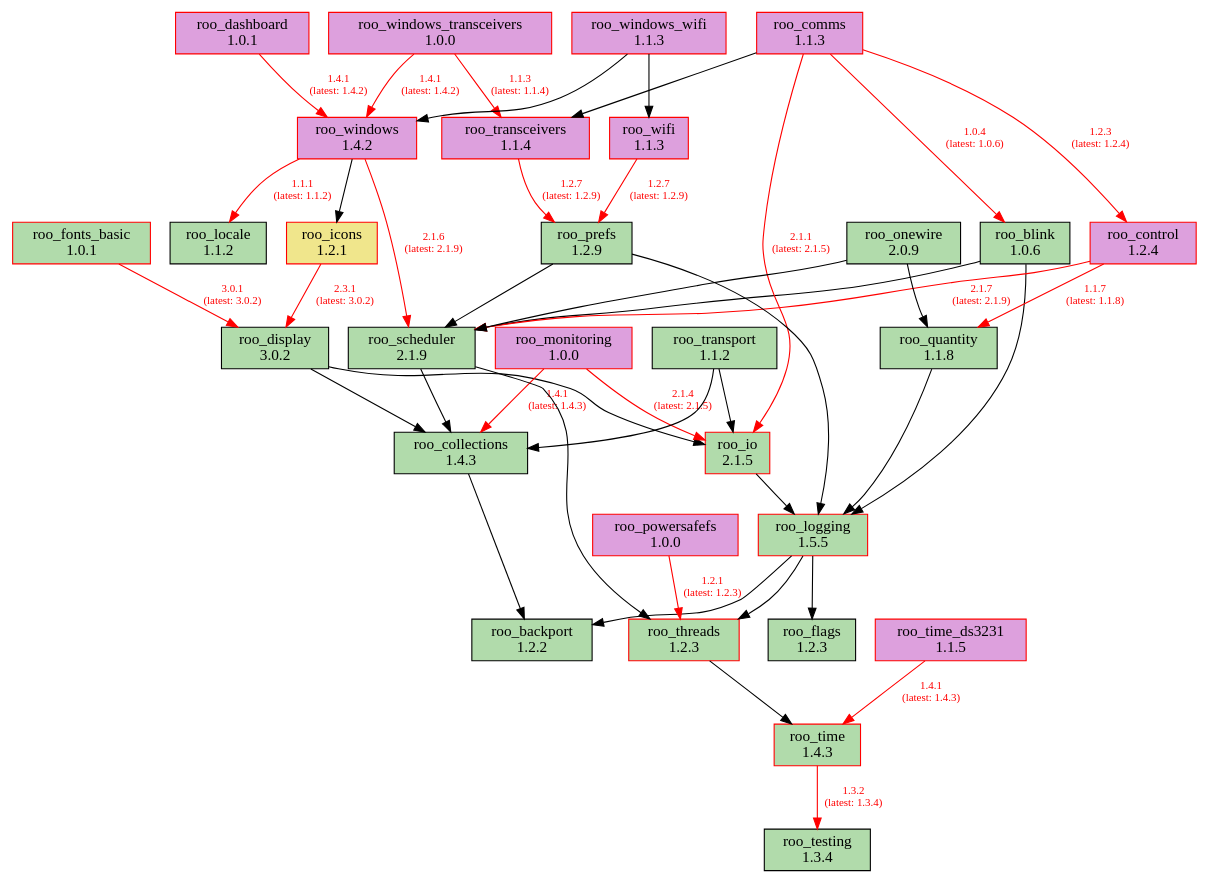
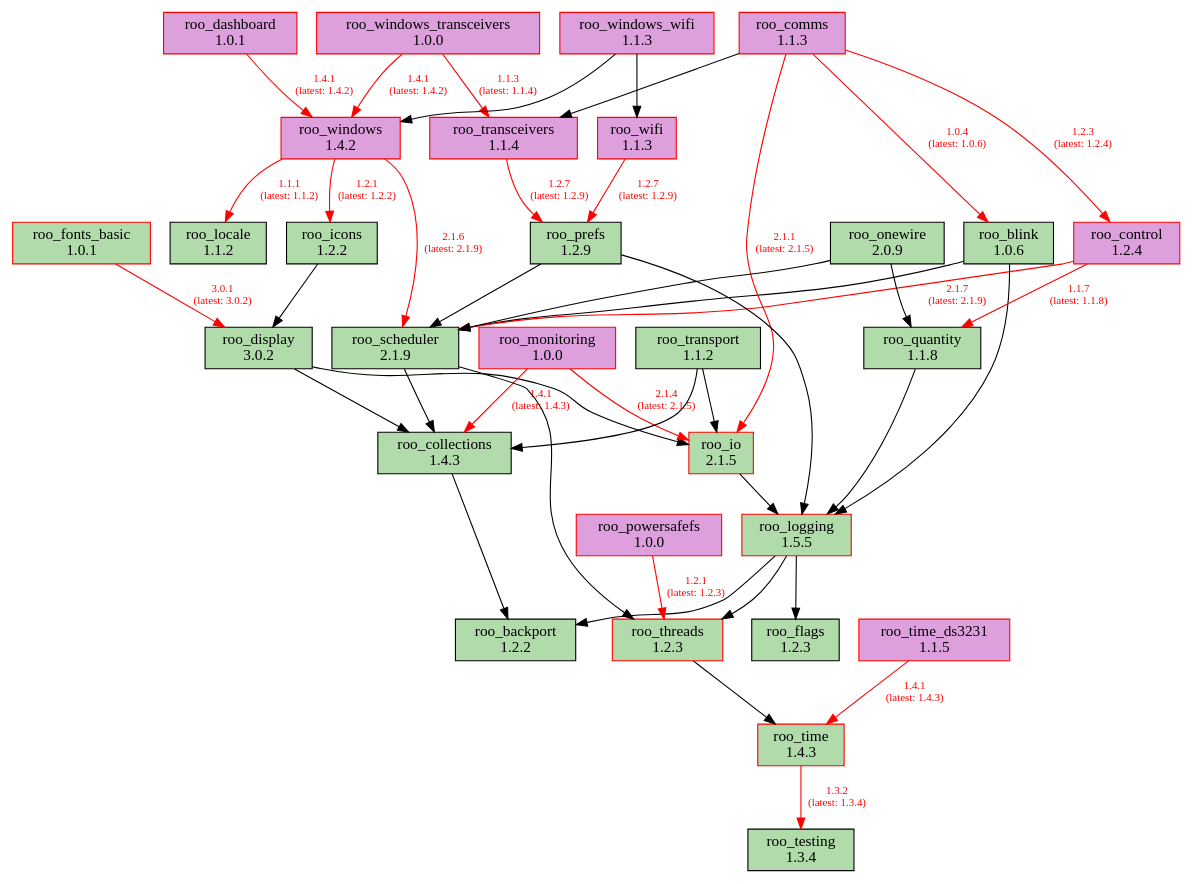
Before and after one commit to dejwk/roo-registry: the diagram in doc/dependencies.dot, drawn with Graphviz. The commit also changed 3 other files, not shown here.

Commit message:
Added roo_icons 1.2.2 to the registry.

```diff
--- a/doc/dependencies.dot
+++ b/doc/dependencies.dot
@@ -1,80 +1,80 @@
 digraph dependencies {
     rankdir=TB;
     node [shape=box, style=filled];
     edge [fontsize=10];
 
     // Modules
     "roo_backport" [label="roo_backport\n1.2.2", fillcolor="#b1dbab", color="black"];
     "roo_blink" [label="roo_blink\n1.0.6", fillcolor="#b1dbab", color="black"];
     "roo_collections" [label="roo_collections\n1.4.3", fillcolor="#b1dbab", color="black"];
     "roo_comms" [label="roo_comms\n1.1.3", fillcolor="plum", color="red"];
     "roo_control" [label="roo_control\n1.2.4", fillcolor="plum", color="red"];
     "roo_dashboard" [label="roo_dashboard\n1.0.1", fillcolor="plum", color="red"];
     "roo_display" [label="roo_display\n3.0.2", fillcolor="#b1dbab", color="black"];
     "roo_flags" [label="roo_flags\n1.2.3", fillcolor="#b1dbab", color="black"];
     "roo_fonts_basic" [label="roo_fonts_basic\n1.0.1", fillcolor="#b1dbab", color="red"];
-    "roo_icons" [label="roo_icons\n1.2.1", fillcolor="khaki", color="red"];
+    "roo_icons" [label="roo_icons\n1.2.2", fillcolor="#b1dbab", color="black"];
     "roo_io" [label="roo_io\n2.1.5", fillcolor="#b1dbab", color="red"];
     "roo_locale" [label="roo_locale\n1.1.2", fillcolor="#b1dbab", color="black"];
     "roo_logging" [label="roo_logging\n1.5.5", fillcolor="#b1dbab", color="red"];
     "roo_monitoring" [label="roo_monitoring\n1.0.0", fillcolor="plum", color="red"];
     "roo_onewire" [label="roo_onewire\n2.0.9", fillcolor="#b1dbab", color="black"];
     "roo_powersafefs" [label="roo_powersafefs\n1.0.0", fillcolor="plum", color="red"];
     "roo_prefs" [label="roo_prefs\n1.2.9", fillcolor="#b1dbab", color="black"];
     "roo_quantity" [label="roo_quantity\n1.1.8", fillcolor="#b1dbab", color="black"];
     "roo_scheduler" [label="roo_scheduler\n2.1.9", fillcolor="#b1dbab", color="black"];
     "roo_testing" [label="roo_testing\n1.3.4", fillcolor="#b1dbab", color="black"];
     "roo_threads" [label="roo_threads\n1.2.3", fillcolor="#b1dbab", color="red"];
     "roo_time" [label="roo_time\n1.4.3", fillcolor="#b1dbab", color="red"];
     "roo_time_ds3231" [label="roo_time_ds3231\n1.1.5", fillcolor="plum", color="red"];
     "roo_transceivers" [label="roo_transceivers\n1.1.4", fillcolor="plum", color="red"];
     "roo_transport" [label="roo_transport\n1.1.2", fillcolor="#b1dbab", color="black"];
     "roo_wifi" [label="roo_wifi\n1.1.3", fillcolor="plum", color="red"];
     "roo_windows" [label="roo_windows\n1.4.2", fillcolor="plum", color="red"];
     "roo_windows_transceivers" [label="roo_windows_transceivers\n1.0.0", fillcolor="plum", color="red"];
     "roo_windows_wifi" [label="roo_windows_wifi\n1.1.3", fillcolor="plum", color="red"];
 
     // Dependencies
     "roo_blink" -> "roo_logging";
     "roo_blink" -> "roo_scheduler";
     "roo_collections" -> "roo_backport";
     "roo_comms" -> "roo_blink" [color=red, fontcolor=red, label="1.0.4\n(latest: 1.0.6)"];
     "roo_comms" -> "roo_control" [color=red, fontcolor=red, label="1.2.3\n(latest: 1.2.4)"];
     "roo_comms" -> "roo_io" [color=red, fontcolor=red, label="2.1.1\n(latest: 2.1.5)"];
     "roo_comms" -> "roo_transceivers";
     "roo_control" -> "roo_quantity" [color=red, fontcolor=red, label="1.1.7\n(latest: 1.1.8)"];
     "roo_control" -> "roo_scheduler" [color=red, fontcolor=red, label="2.1.7\n(latest: 2.1.9)"];
     "roo_dashboard" -> "roo_windows" [color=red, fontcolor=red, label="1.4.1\n(latest: 1.4.2)"];
     "roo_display" -> "roo_collections";
     "roo_display" -> "roo_io";
     "roo_fonts_basic" -> "roo_display" [color=red, fontcolor=red, label="3.0.1\n(latest: 3.0.2)"];
-    "roo_icons" -> "roo_display" [color=red, fontcolor=red, label="2.3.1\n(latest: 3.0.2)"];
+    "roo_icons" -> "roo_display";
     "roo_io" -> "roo_logging";
     "roo_logging" -> "roo_backport";
     "roo_logging" -> "roo_flags";
     "roo_logging" -> "roo_threads";
     "roo_monitoring" -> "roo_collections" [color=red, fontcolor=red, label="1.4.1\n(latest: 1.4.3)"];
     "roo_monitoring" -> "roo_io" [color=red, fontcolor=red, label="2.1.4\n(latest: 2.1.5)"];
     "roo_onewire" -> "roo_scheduler";
     "roo_onewire" -> "roo_quantity";
     "roo_powersafefs" -> "roo_threads" [color=red, fontcolor=red, label="1.2.1\n(latest: 1.2.3)"];
     "roo_prefs" -> "roo_logging";
     "roo_prefs" -> "roo_scheduler";
     "roo_quantity" -> "roo_logging";
     "roo_scheduler" -> "roo_collections";
     "roo_scheduler" -> "roo_threads";
     "roo_threads" -> "roo_time";
     "roo_time" -> "roo_testing" [color=red, fontcolor=red, label="1.3.2\n(latest: 1.3.4)"];
     "roo_time_ds3231" -> "roo_time" [color=red, fontcolor=red, label="1.4.1\n(latest: 1.4.3)"];
     "roo_transceivers" -> "roo_prefs" [color=red, fontcolor=red, label="1.2.7\n(latest: 1.2.9)"];
     "roo_transport" -> "roo_collections";
     "roo_transport" -> "roo_io";
     "roo_wifi" -> "roo_prefs" [color=red, fontcolor=red, label="1.2.7\n(latest: 1.2.9)"];
     "roo_windows" -> "roo_locale" [color=red, fontcolor=red, label="1.1.1\n(latest: 1.1.2)"];
-    "roo_windows" -> "roo_icons";
+    "roo_windows" -> "roo_icons" [color=red, fontcolor=red, label="1.2.1\n(latest: 1.2.2)"];
     "roo_windows" -> "roo_scheduler" [color=red, fontcolor=red, label="2.1.6\n(latest: 2.1.9)"];
     "roo_windows_transceivers" -> "roo_transceivers" [color=red, fontcolor=red, label="1.1.3\n(latest: 1.1.4)"];
     "roo_windows_transceivers" -> "roo_windows" [color=red, fontcolor=red, label="1.4.1\n(latest: 1.4.2)"];
     "roo_windows_wifi" -> "roo_wifi";
     "roo_windows_wifi" -> "roo_windows";
 }
```
